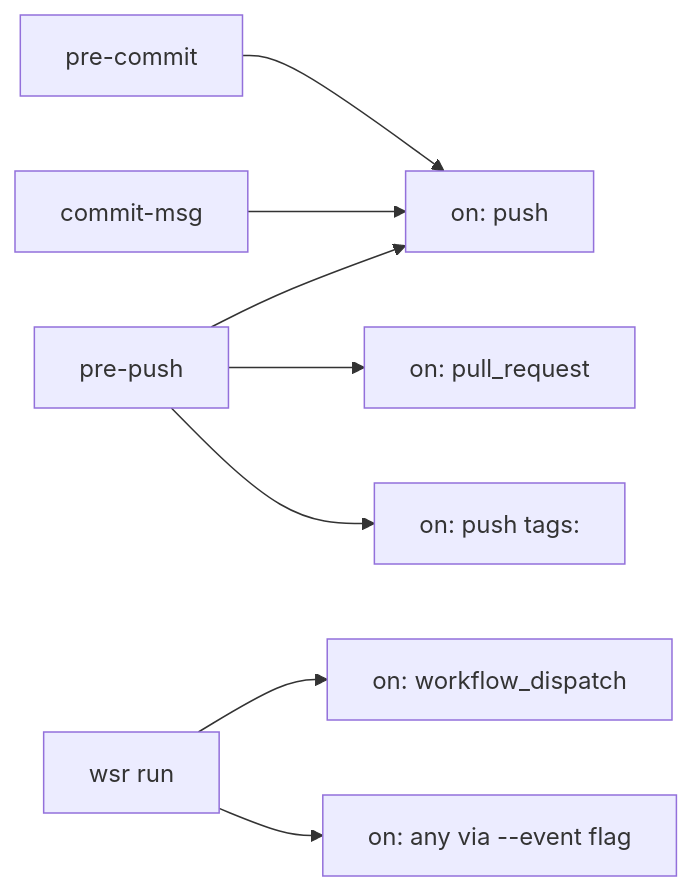
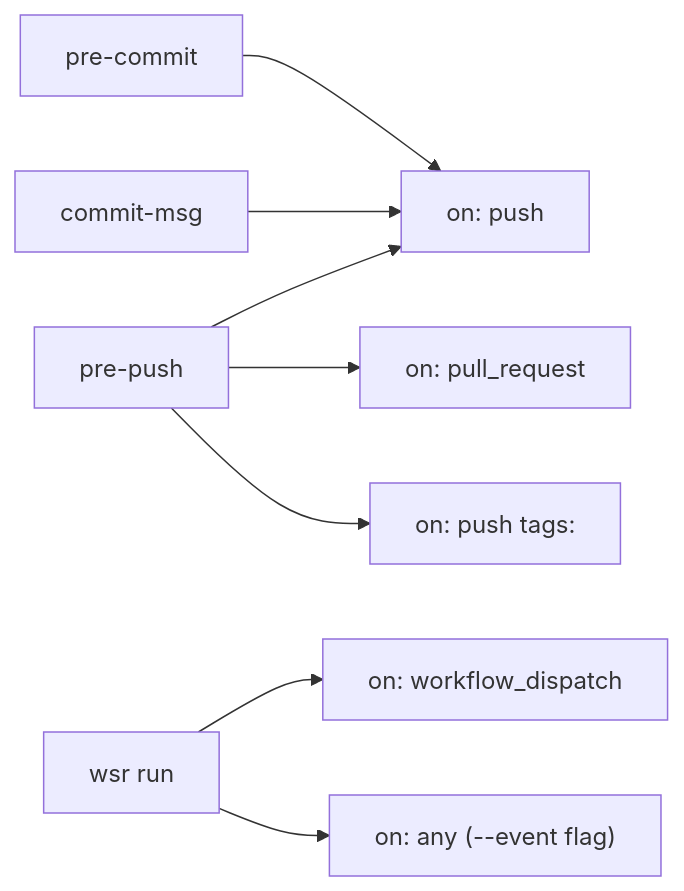
The second of 5 diagrams in ARCHITECTURE.md (carlosferreyra/wsr), drawn with Mermaid before and after one commit. The commit also changed other lines of this file and 45 other files, not shown here.

````diff
--- a/ARCHITECTURE.md
+++ b/ARCHITECTURE.md
@@ -174,10 +220,10 @@
 ```mermaid
 flowchart LR
     PC[pre-commit] --> PUSH["on: push"]
-    PP[pre-push] --> PUSH
-    PP --> PR["on: pull_request"]
-    PP --> TAG["on: push  tags:"]
+    PP[pre-push]   --> PUSH
+    PP             --> PR["on: pull_request"]
+    PP             --> TAG["on: push  tags:"]
     CM[commit-msg] --> PUSH
     MANUAL["wsr run"] --> WD["on: workflow_dispatch"]
-    MANUAL --> ANY["on: any  via --event flag"]
+    MANUAL            --> ANY["on: any  (--event flag)"]
 ```
````
